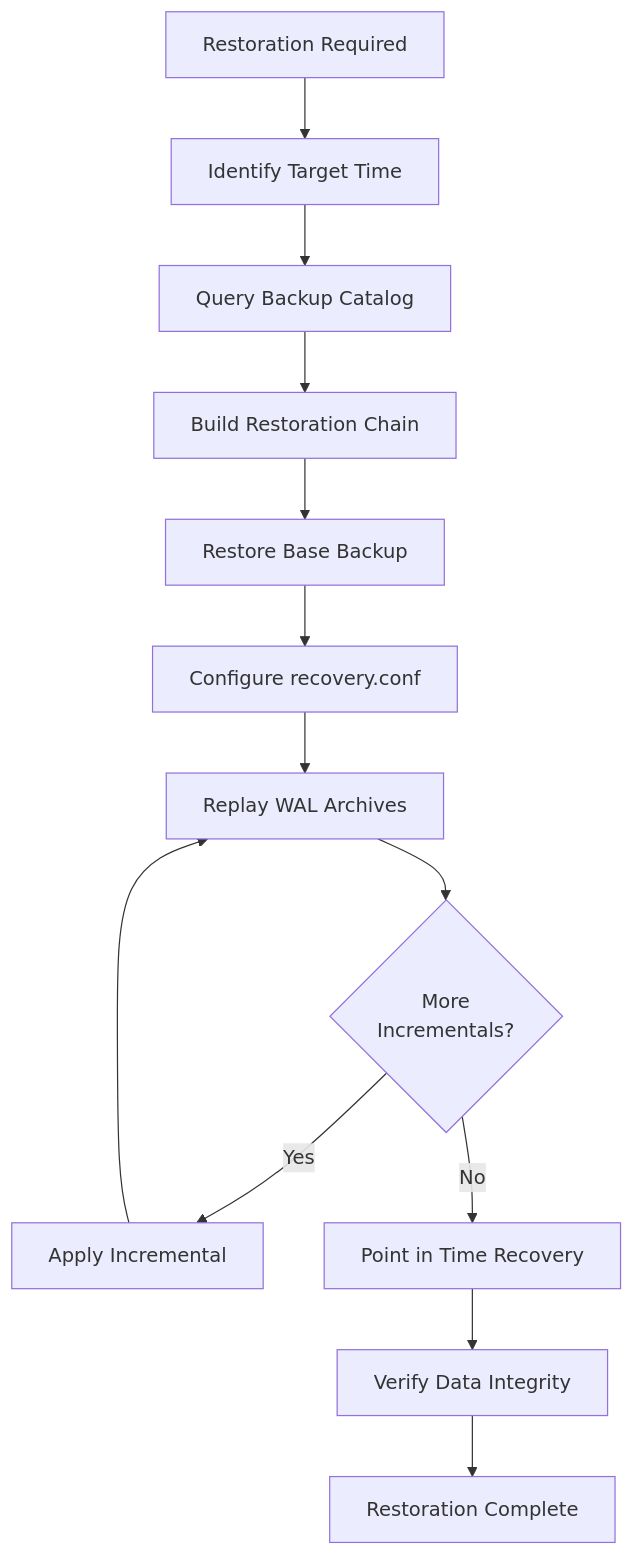
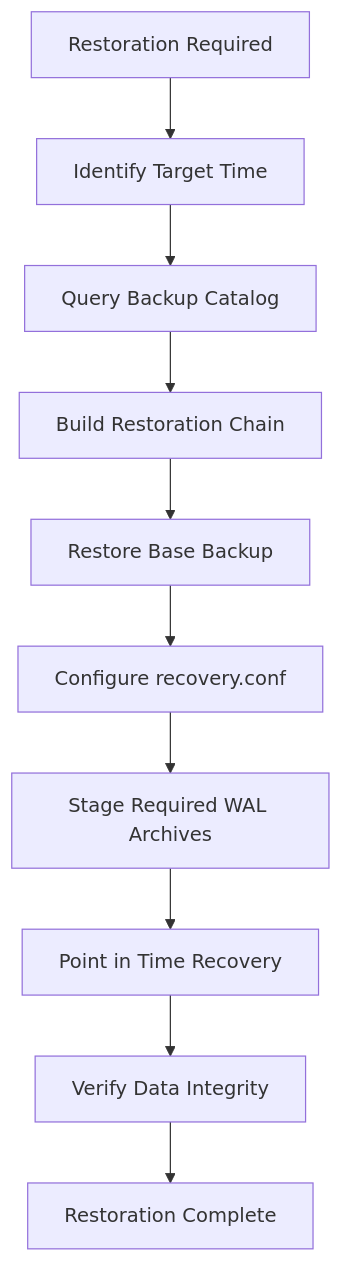
Before and after one commit to OneUptime/blog: the fourth of 4 diagrams in posts/2026-01-30-incremental-backup-scheduling/README.md, drawn with Mermaid. The commit also changed other lines of this file and 2 other files, not shown here.

Commit message:
validate: 2026-01-30-incremental-backup-scheduling

````diff
--- a/posts/2026-01-30-incremental-backup-scheduling/README.md
+++ b/posts/2026-01-30-incremental-backup-scheduling/README.md
@@ -968,19 +997,14 @@
 ```mermaid
 flowchart TD
     START["Restoration Required"] --> IDENTIFY["Identify Target Time"]
     IDENTIFY --> CATALOG["Query Backup Catalog"]
     CATALOG --> CHAIN["Build Restoration Chain"]
 
     CHAIN --> RESTORE_BASE["Restore Base Backup"]
     RESTORE_BASE --> CONFIGURE["Configure recovery.conf"]
 
-    CONFIGURE --> REPLAY["Replay WAL Archives"]
-    REPLAY --> INCREMENTALS{"More<br/>Incrementals?"}
-
-    INCREMENTALS -->|Yes| APPLY["Apply Incremental"]
-    APPLY --> REPLAY
-
-    INCREMENTALS -->|No| PITR["Point in Time Recovery"]
+    CONFIGURE --> STAGE["Stage Required WAL Archives"]
+    STAGE --> PITR["Point in Time Recovery"]
     PITR --> VERIFY["Verify Data Integrity"]
     VERIFY --> COMPLETE["Restoration Complete"]
 ```
````
